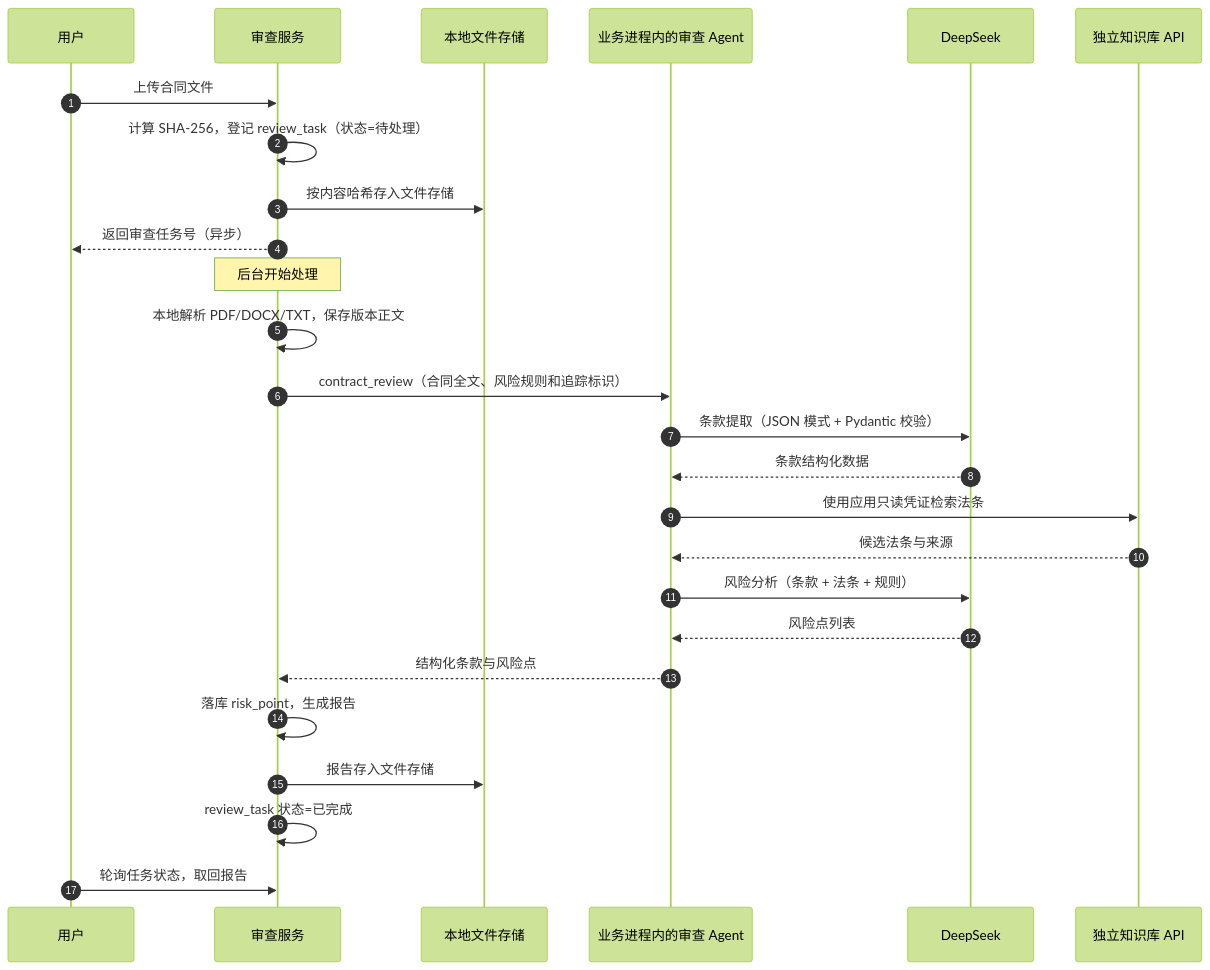
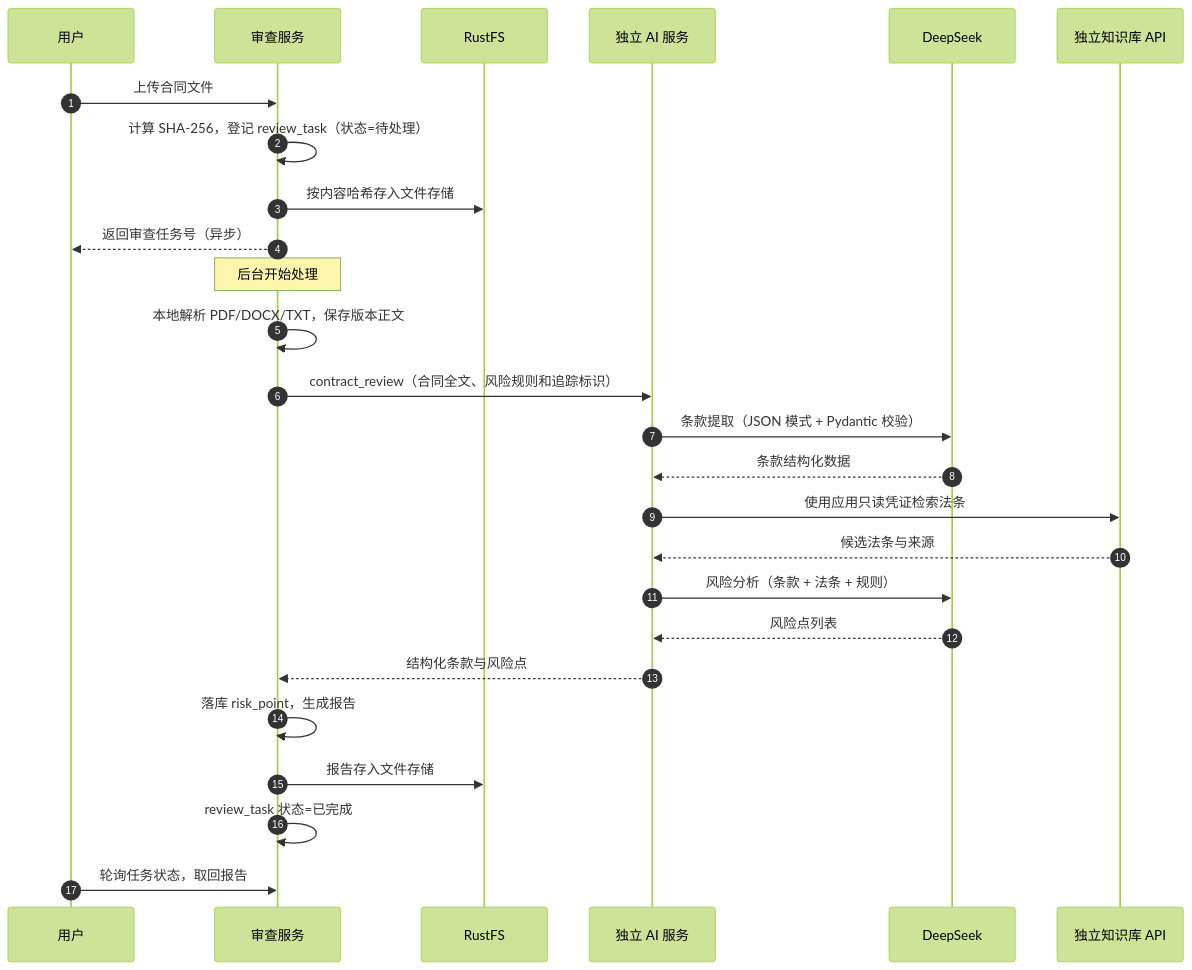
The second of 4 diagrams in docs/03-概要设计.md (licat2023/law-wiz), drawn with Mermaid (forest theme) before and after one commit. The commit also changed other lines of this file and 39 other files, not shown here.

````diff
--- a/docs/03-概要设计.md
+++ b/docs/03-概要设计.md
@@ -268,29 +268,29 @@
 ```mermaid
 sequenceDiagram
     autonumber
     participant U as 用户
     participant API as 审查服务
-    participant FS as 本地文件存储
-    participant AIS as 业务进程内的审查 Agent
+    participant FS as RustFS
+    participant AIS as 独立 AI 服务
     participant LLM as DeepSeek
     participant VEC as 独立知识库 API
 
     U->>API: 上传合同文件
     API->>API: 计算 SHA-256，登记 review_task（状态=待处理）
     API->>FS: 按内容哈希存入文件存储
     API-->>U: 返回审查任务号（异步）
     Note over API: 后台开始处理
     API->>API: 本地解析 PDF/DOCX/TXT，保存版本正文
     API->>AIS: contract_review（合同全文、风险规则和追踪标识）
     AIS->>LLM: 条款提取（JSON 模式 + Pydantic 校验）
     LLM-->>AIS: 条款结构化数据
     AIS->>VEC: 使用应用只读凭证检索法条
     VEC-->>AIS: 候选法条与来源
     AIS->>LLM: 风险分析（条款 + 法条 + 规则）
     LLM-->>AIS: 风险点列表
     AIS-->>API: 结构化条款与风险点
     API->>API: 落库 risk_point，生成报告
     API->>FS: 报告存入文件存储
     API->>API: review_task 状态=已完成
     U->>API: 轮询任务状态，取回报告
 ```
````
